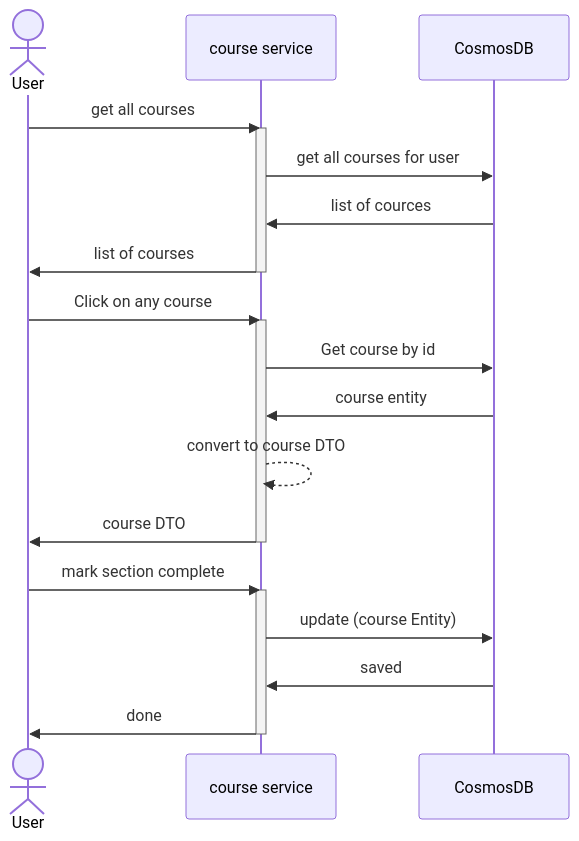
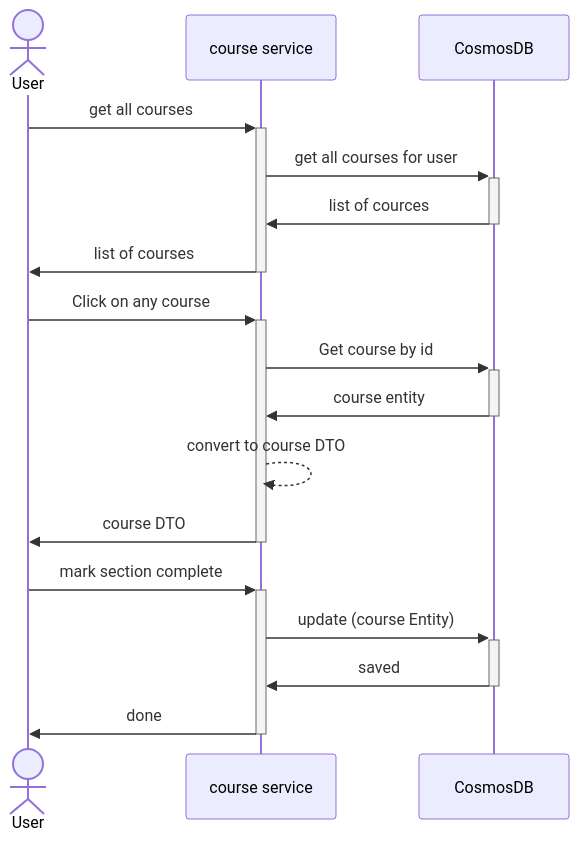
Before and after one commit to Learn-Via-AI/communicator: the fourth of 6 diagrams in README.md, drawn with Mermaid. The commit also changed other lines of this file, not shown here.

````diff
--- a/README.md
+++ b/README.md
@@ -119,29 +110,23 @@
 ```mermaid
 sequenceDiagram
     actor U as User
     participant com as course service
     participant db as CosmosDB
 
-    U->>com: get all courses
-    activate com
-    com->>db: get all courses for user
-    db->>com: list of cources
-    com->>U: list of courses
-    deactivate com
+    U->>+com: get all courses
+    com->>+db: get all courses for user
+    db->>-com: list of cources
+    com->>-U: list of courses
 
-    U->>com: Click on any course
-    activate com
-    com->>db: Get course by id
-    db->>com: course entity
+    U->>+com: Click on any course
+    com->>+db: Get course by id
+    db->>-com: course entity
     com-->>com: convert to course DTO
-    com->>U: course DTO
-    deactivate com
+    com->>-U: course DTO
 
-    U->>com: mark section complete
-    activate com
-    com->>db: update (course Entity)
-    db->>com: saved
-    com->>U: done
+    U->>+com: mark section complete
+    com->>+db: update (course Entity)
+    db->>-com: saved
+    com->>-U: done
 
-    deactivate com
 ```
````
